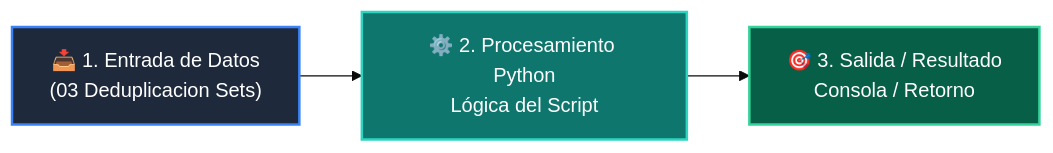
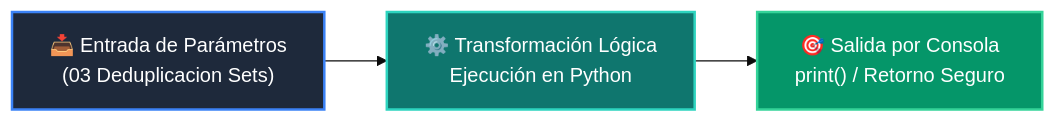
The diagram in 02-algoritmos-estructuras/clase-03-tablas-hash-y-sets/ejemplos/ejemplo_03_deduplicacion_sets/README.md (wisrovi/wisrovi-python), drawn with Mermaid (base theme) before and after one commit. The commit also changed other lines of this file and 226 other files, not shown here.

Commit message:
docs: elevate all repository READMEs to world-class mastery standard with rich pedagogical architecture, custom Mermaids, and professional styling

````diff
--- a/02-algoritmos-estructuras/clase-03-tablas-hash-y-sets/ejemplos/ejemplo_03_deduplicacion_sets/README.md
+++ b/02-algoritmos-estructuras/clase-03-tablas-hash-y-sets/ejemplos/ejemplo_03_deduplicacion_sets/README.md
@@ -12,9 +19,9 @@
 ```mermaid
 flowchart LR
-    A["📥 1. Entrada de Datos<br/>(03 Deduplicacion Sets)"] --> B["⚙️ 2. Procesamiento Python<br/>Lógica del Script"]
-    B --> C["🎯 3. Salida / Resultado<br/>Consola / Retorno"]
+    A["📥 Entrada de Parámetros<br/>(03 Deduplicacion Sets)"] --> B["⚙️ Transformación Lógica<br/>Ejecución en Python"]
+    B --> C["🎯 Salida por Consola<br/>print() / Retorno Seguro"]
 
-    style A fill:#1e293b,color:#fff,stroke:#3b82f6,stroke-width:2px
-    style B fill:#0f766e,color:#fff,stroke:#2dd4bf,stroke-width:2px
-    style C fill:#065f46,color:#fff,stroke:#34d399,stroke-width:2px
+    style A fill:#1e293b,color:#ffffff,stroke:#3b82f6,stroke-width:2px
+    style B fill:#0f766e,color:#ffffff,stroke:#2dd4bf,stroke-width:2px
+    style C fill:#059669,color:#ffffff,stroke:#34d399,stroke-width:2px
 ```
````
